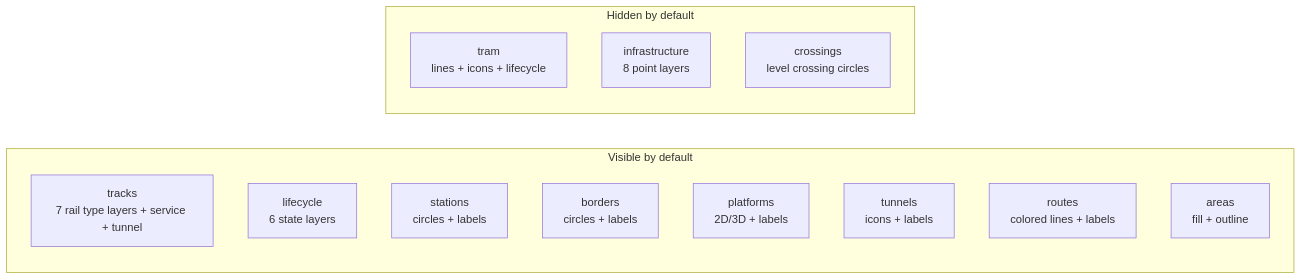
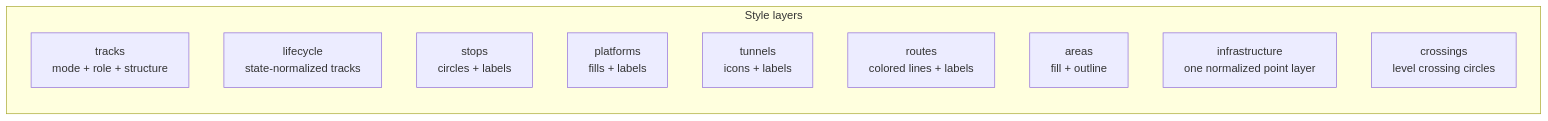
The diagram in docs/consumer-integration.md (Spillgebees/lux-railway-map-overlay), drawn with Mermaid before and after one commit. The commit also changed other lines of this file and 33 other files, not shown here.

````diff
--- a/docs/consumer-integration.md
+++ b/docs/consumer-integration.md
@@ -65,18 +71,14 @@
 ```mermaid
 graph LR
-    subgraph "Visible by default"
-        tracks["tracks<br/>7 rail type layers + service + tunnel"]
-        lifecycle["lifecycle<br/>6 state layers"]
-        stations["stations<br/>circles + labels"]
-        borders["borders<br/>circles + labels"]
-        platforms["platforms<br/>2D/3D + labels"]
+    subgraph "Style layers"
+        tracks["tracks<br/>mode + role + structure"]
+        lifecycle["lifecycle<br/>state-normalized tracks"]
+        stations["stops<br/>circles + labels"]
+        platforms["platforms<br/>fills + labels"]
         tunnels["tunnels<br/>icons + labels"]
         routes["routes<br/>colored lines + labels"]
         areas["areas<br/>fill + outline"]
-    end
-    subgraph "Hidden by default"
-        tram["tram<br/>lines + icons + lifecycle"]
-        infrastructure["infrastructure<br/>8 point layers"]
+        infrastructure["infrastructure<br/>one normalized point layer"]
         crossings["crossings<br/>level crossing circles"]
     end
 ```
````
